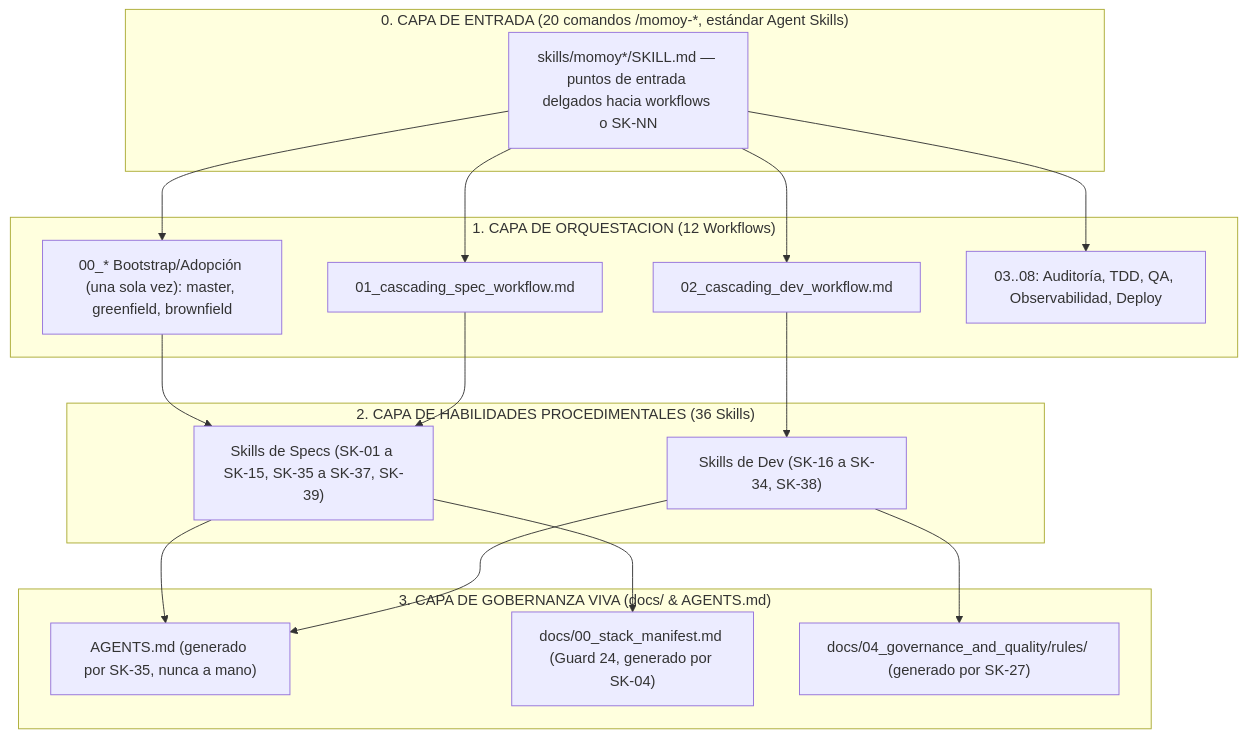
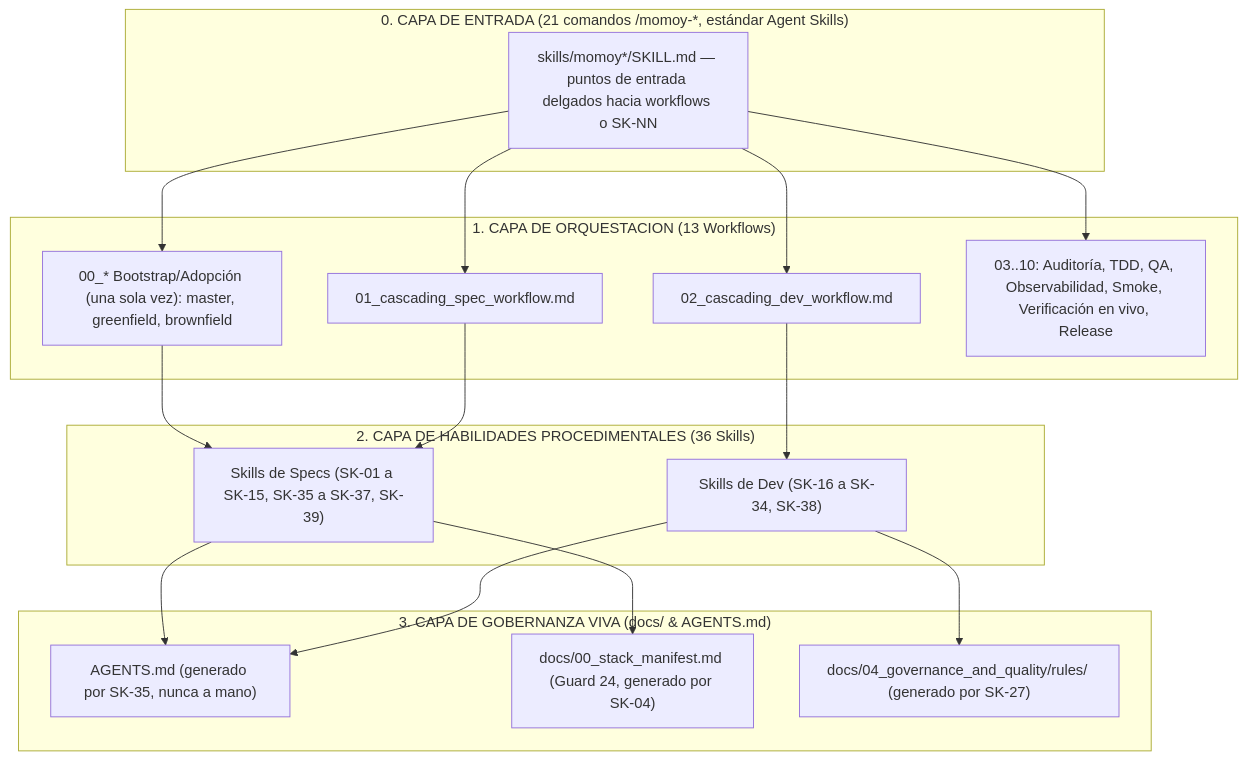
One commit to lacruzjd/AI4Devs-finalproject changed the diagram in .agents/README.md. Above: the diagram before and after it, drawn with Mermaid. The commit also changed other lines of this file and 6 other files, not shown here.

````diff
--- a/.agents/README.md
+++ b/.agents/README.md
@@ -55,36 +55,36 @@
 ```mermaid
 flowchart TD
-    subgraph CAPA0 ["0. CAPA DE ENTRADA (20 comandos /momoy-*, estándar Agent Skills)"]
+    subgraph CAPA0 ["0. CAPA DE ENTRADA (21 comandos /momoy-*, estándar Agent Skills)"]
         CMD["skills/momoy*/SKILL.md — puntos de entrada delgados hacia workflows o SK-NN"]
     end
 
-    subgraph CAPA1 ["1. CAPA DE ORQUESTACION (12 Workflows)"]
+    subgraph CAPA1 ["1. CAPA DE ORQUESTACION (13 Workflows)"]
         W00["00_* Bootstrap/Adopción (una sola vez): master, greenfield, brownfield"]
         W01["01_cascading_spec_workflow.md"]
         W02["02_cascading_dev_workflow.md"]
-        W0X["03..08: Auditoría, TDD, QA, Observabilidad, Deploy"]
+        W0X["03..10: Auditoría, TDD, QA, Observabilidad, Smoke, Verificación en vivo, Release"]
     end
 
     subgraph CAPA2 ["2. CAPA DE HABILIDADES PROCEDIMENTALES (36 Skills)"]
         S_Spec["Skills de Specs (SK-01 a SK-15, SK-35 a SK-37, SK-39)"]
         S_Dev["Skills de Dev (SK-16 a SK-34, SK-38)"]
     end
 
     subgraph CAPA3 ["3. CAPA DE GOBERNANZA VIVA (docs/ & AGENTS.md)"]
         AGENTS["AGENTS.md (generado por SK-35, nunca a mano)"]
         StackManifest["docs/00_stack_manifest.md (Guard 24, generado por SK-04)"]
         Rules["docs/04_governance_and_quality/rules/ (generado por SK-27)"]
     end
 
     CMD --> W00
     CMD --> W01
     CMD --> W02
     CMD --> W0X
     W00 --> S_Spec
     W01 --> S_Spec
     W02 --> S_Dev
     S_Spec --> AGENTS
     S_Spec --> StackManifest
     S_Dev --> AGENTS
     S_Dev --> Rules
 ```
````
